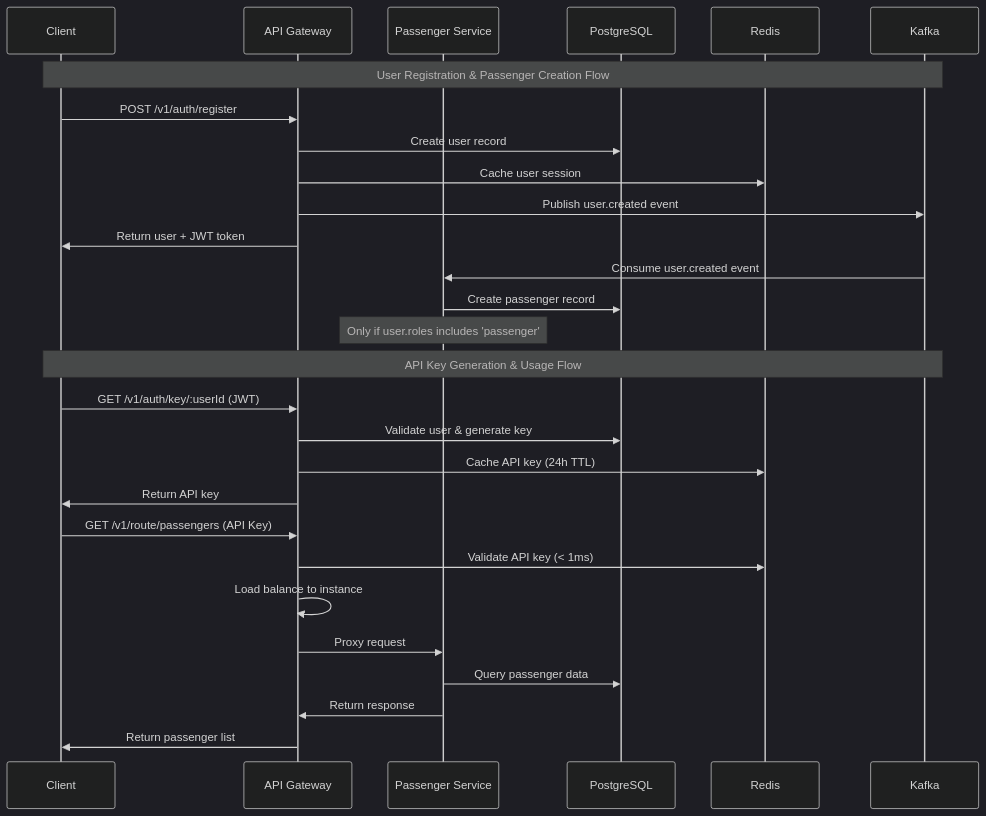
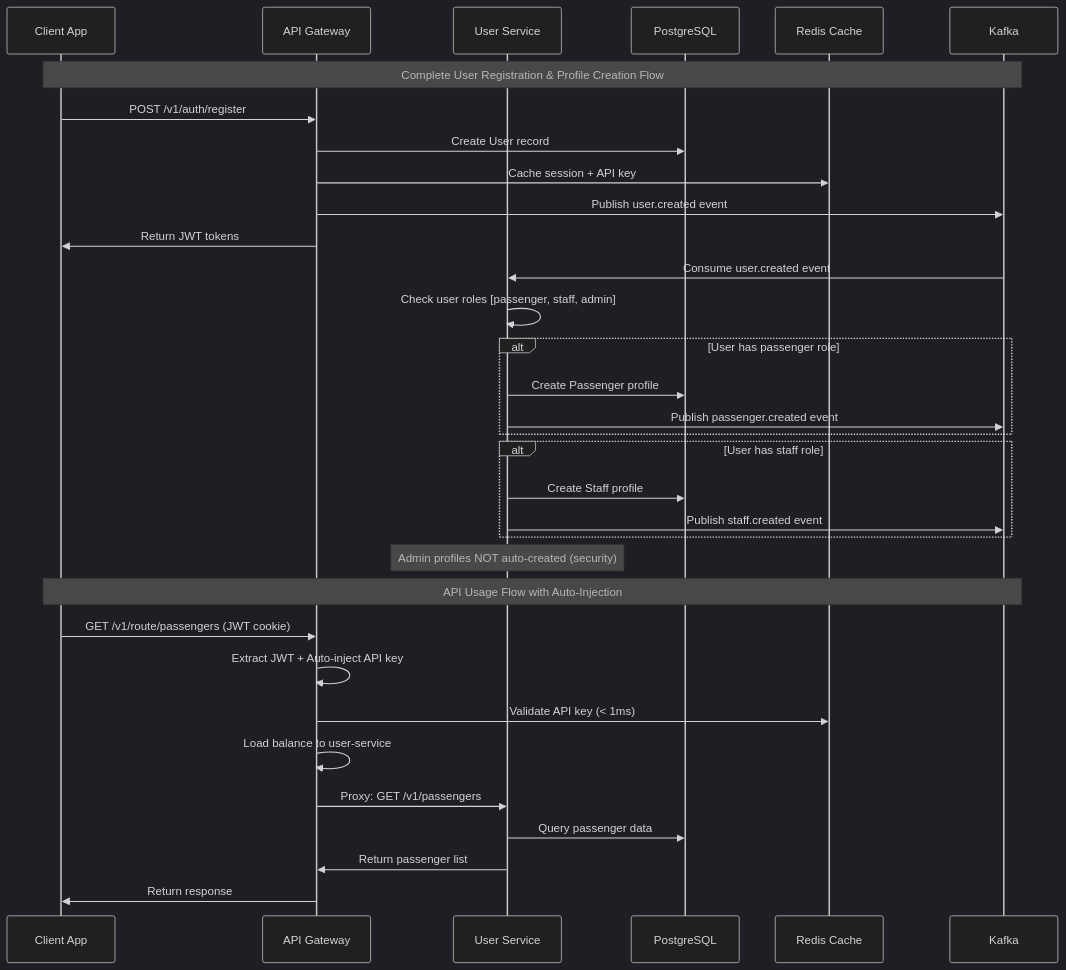
Before and after one commit to NamPhAm-Work423/Metro-backend: the third of 3 diagrams in README.md, drawn with Mermaid (dark theme). The commit also changed other lines of this file and 113 other files, not shown here.

Commit message:
merge admin, staff, passenger into user service && create swagger UI for clear touch with Backend

````diff
--- a/README.md
+++ b/README.md
@@ -161,36 +446,40 @@
 ```mermaid
 sequenceDiagram
-    participant C as Client
-    participant AG as API Gateway
-    participant PS as Passenger Service
-    participant PG as PostgreSQL
-    participant RD as Redis
-    participant KF as Kafka
+    participant CLIENT as Client App
+    participant GATEWAY as API Gateway
+    participant USER as User Service
+    participant POSTGRES as PostgreSQL
+    participant REDIS as Redis Cache
+    participant KAFKA as Kafka
 
-    Note over C,KF: User Registration & Passenger Creation Flow
+    Note over CLIENT,KAFKA: Complete User Registration & Profile Creation Flow
 
-    C->>AG: POST /v1/auth/register
-    AG->>PG: Create user record
-    AG->>RD: Cache user session
-    AG->>KF: Publish user.created event
-    AG->>C: Return user + JWT token
+    CLIENT->>GATEWAY: POST /v1/auth/register
+    GATEWAY->>POSTGRES: Create User record
+    GATEWAY->>REDIS: Cache session + API key
+    GATEWAY->>KAFKA: Publish user.created event
+    GATEWAY->>CLIENT: Return JWT tokens
 
-    KF->>PS: Consume user.created event
-    PS->>PG: Create passenger record
-    Note over PS: Only if user.roles includes 'passenger'
+    KAFKA->>USER: Consume user.created event
+    USER->>USER: Check user roles [passenger, staff, admin]
+    alt User has passenger role
+        USER->>POSTGRES: Create Passenger profile
+        USER->>KAFKA: Publish passenger.created event
+    end
+    alt User has staff role
+        USER->>POSTGRES: Create Staff profile
+        USER->>KAFKA: Publish staff.created event
+    end
+    Note over USER: Admin profiles NOT auto-created (security)
 
-    Note over C,KF: API Key Generation & Usage Flow
+    Note over CLIENT,KAFKA: API Usage Flow with Auto-Injection
 
-    C->>AG: GET /v1/auth/key/:userId (JWT)
-    AG->>PG: Validate user & generate key
-    AG->>RD: Cache API key (24h TTL)
-    AG->>C: Return API key
-
-    C->>AG: GET /v1/route/passengers (API Key)
-    AG->>RD: Validate API key (< 1ms)
-    AG->>AG: Load balance to instance
-    AG->>PS: Proxy request
-    PS->>PG: Query passenger data
-    PS->>AG: Return response
-    AG->>C: Return passenger list
+    CLIENT->>GATEWAY: GET /v1/route/passengers (JWT cookie)
+    GATEWAY->>GATEWAY: Extract JWT + Auto-inject API key
+    GATEWAY->>REDIS: Validate API key (< 1ms)
+    GATEWAY->>GATEWAY: Load balance to user-service
+    GATEWAY->>USER: Proxy: GET /v1/passengers
+    USER->>POSTGRES: Query passenger data
+    USER->>GATEWAY: Return passenger list
+    GATEWAY->>CLIENT: Return response
 ```
````
